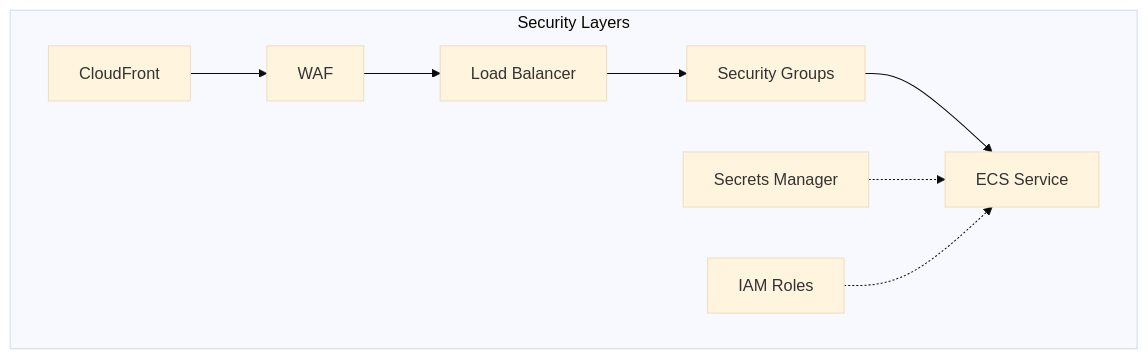
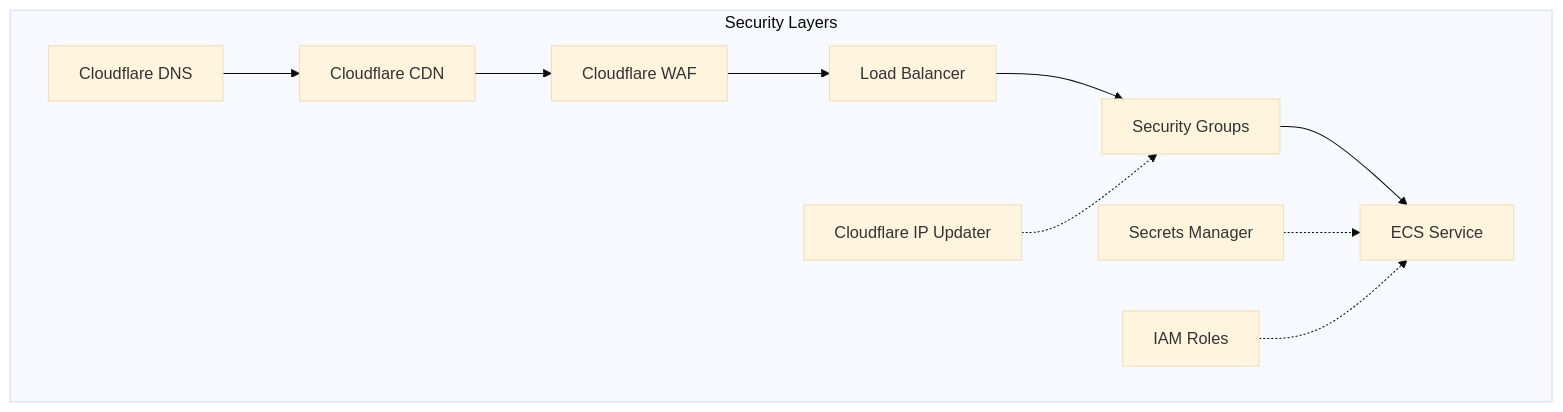
Before and after one commit to laialex501/lorechat-cdk: the fifth of 9 diagrams in memory-bank/systemPatterns.md, drawn with Mermaid (base theme). The commit also changed other lines of this file and 9 other files, not shown here.

Commit message:
Migrate from CloudFront to Cloudflare

````diff
--- a/memory-bank/systemPatterns.md
+++ b/memory-bank/systemPatterns.md
@@ -217,11 +201,13 @@
 ```mermaid
 graph TD
     subgraph "Security Layers"
-        CF[CloudFront] --> WAF
+        CF[Cloudflare DNS] --> CDN[Cloudflare CDN]
+        CDN --> WAF[Cloudflare WAF]
         WAF --> ALB[Load Balancer]
         ALB --> SG[Security Groups]
         SG --> ECS[ECS Service]
         SM[Secrets Manager] -.-> ECS
         IAM[IAM Roles] -.-> ECS
+        CIU[Cloudflare IP Updater] -.-> SG
     end
 ```
````
